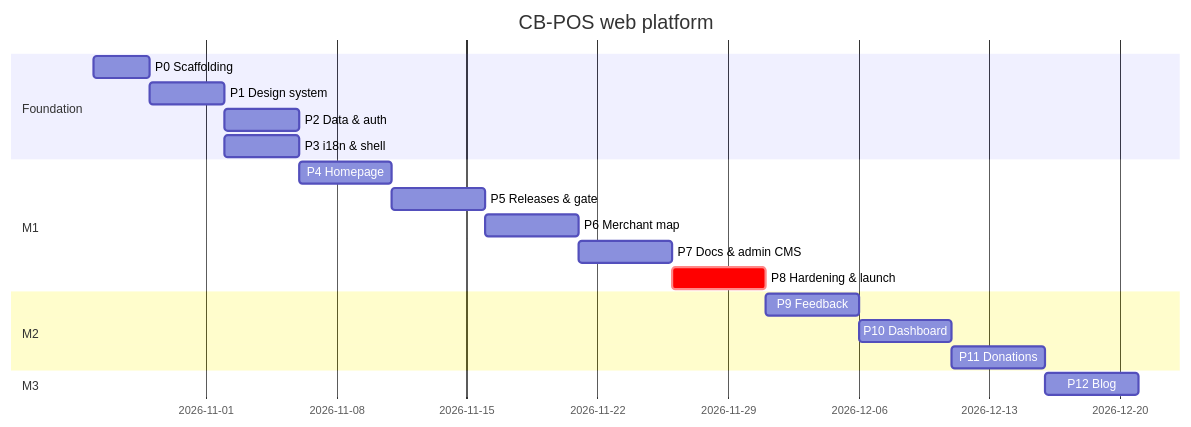
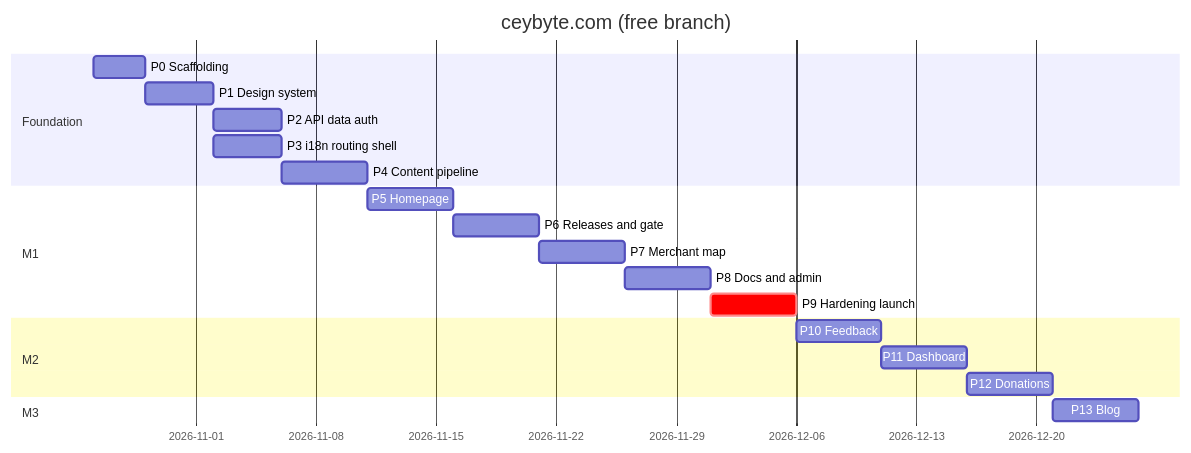
Before and after one commit to ceybyte/CeyByte.com: the diagram in docs/07-IMPLEMENTATION_PLAN.md, drawn with Mermaid. The commit also changed other lines of this file, not shown here.

First line of the commit message:
docs(free): rewrite implementation plan for static + Worker stack

````diff
--- a/docs/07-IMPLEMENTATION_PLAN.md
+++ b/docs/07-IMPLEMENTATION_PLAN.md
@@ -31,22 +35,23 @@
 ```mermaid
 gantt
   dateFormat  YYYY-MM-DD
-  title CB-POS web platform
+  title ceybyte.com (free branch)
   section Foundation
-  P0 Scaffolding           :p0, 2026-10-26, 3d
-  P1 Design system         :p1, after p0, 4d
-  P2 Data & auth           :p2, after p1, 4d
-  P3 i18n & shell          :p3, after p1, 4d
+  P0 Scaffolding        :p0, 2026-10-26, 3d
+  P1 Design system      :p1, after p0, 4d
+  P2 API data auth      :p2, after p1, 4d
+  P3 i18n routing shell :p3, after p1, 4d
+  P4 Content pipeline   :p4, after p3, 5d
   section M1
-  P4 Homepage              :p4, after p3, 5d
-  P5 Releases & gate       :p5, after p4, 5d
-  P6 Merchant map          :p6, after p5, 5d
-  P7 Docs & admin CMS      :p7, after p6, 5d
-  P8 Hardening & launch    :crit, p8, after p7, 5d
+  P5 Homepage           :p5, after p4, 5d
+  P6 Releases and gate  :p6, after p5, 5d
+  P7 Merchant map       :p7, after p6, 5d
+  P8 Docs and admin     :p8, after p7, 5d
+  P9 Hardening launch   :crit, p9, after p8, 5d
   section M2
-  P9 Feedback              :p9, after p8, 5d
-  P10 Dashboard            :p10, after p9, 5d
-  P11 Donations            :p11, after p10, 5d
+  P10 Feedback          :p10, after p9, 5d
+  P11 Dashboard         :p11, after p10, 5d
+  P12 Donations         :p12, after p11, 5d
   section M3
-  P12 Blog                 :p12, after p11, 5d
+  P13 Blog              :p13, after p12, 5d
 ```
````
